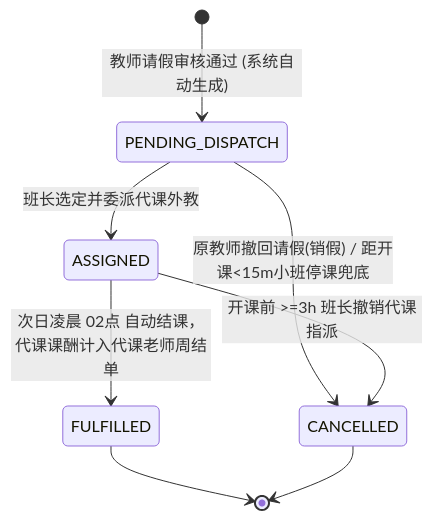
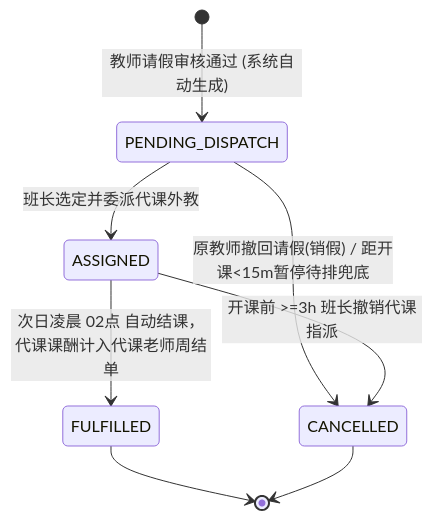
The first of 5 diagrams in docs/prd/m3b_attendance_substitution.md (Onezao/dream), drawn with Mermaid before and after one commit. The commit also changed other lines of this file and 37 other files, not shown here.

````diff
--- a/docs/prd/m3b_attendance_substitution.md
+++ b/docs/prd/m3b_attendance_substitution.md
@@ -253,10 +244,10 @@
 ```mermaid
 stateDiagram-v2
     [*] --> PENDING_DISPATCH: 教师请假审核通过 (系统自动生成)
     PENDING_DISPATCH --> ASSIGNED: 班长选定并委派代课外教
-    PENDING_DISPATCH --> CANCELLED: 原教师撤回请假(销假) / 距开课<15m小班停课兜底
+    PENDING_DISPATCH --> CANCELLED: 原教师撤回请假(销假) / 距开课<15m暂停待排兜底
     ASSIGNED --> CANCELLED: 开课前 >=3h 班长撤销代课指派
     ASSIGNED --> FULFILLED: 次日凌晨 02点 自动结课，代课课酬计入代课老师周结单
     FULFILLED --> [*]
     CANCELLED --> [*]
 ```
````
